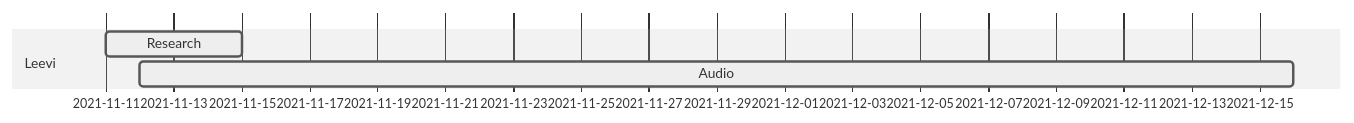
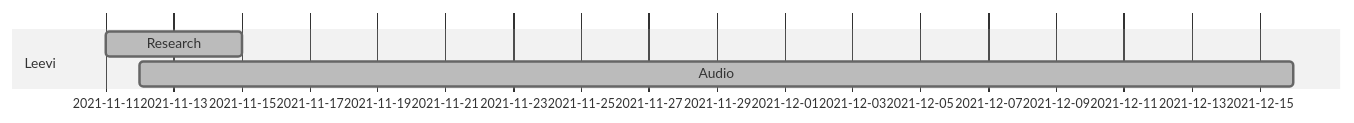
Before and after one commit to IlkkaTakala/Eril-Engine: the sixth of 6 diagrams in docs/ProjectPlan.md, drawn with Mermaid (neutral theme). The commit also changed other lines of this file and 2 other files, not shown here.

````diff
--- a/docs/ProjectPlan.md
+++ b/docs/ProjectPlan.md
@@ -132,9 +111,9 @@
 ```mermaid
 gantt
 dateFormat  DD-MM
 
 section Leevi
-Research                :active, ldes1, 11-11, 4d
-Audio                   :active, ldes2, 12-11, 16-12
+Research                :done,    ldes1, 11-11, 4d
+Audio                   :done,    ldes2, 12-11, 16-12
 
 ```
````
